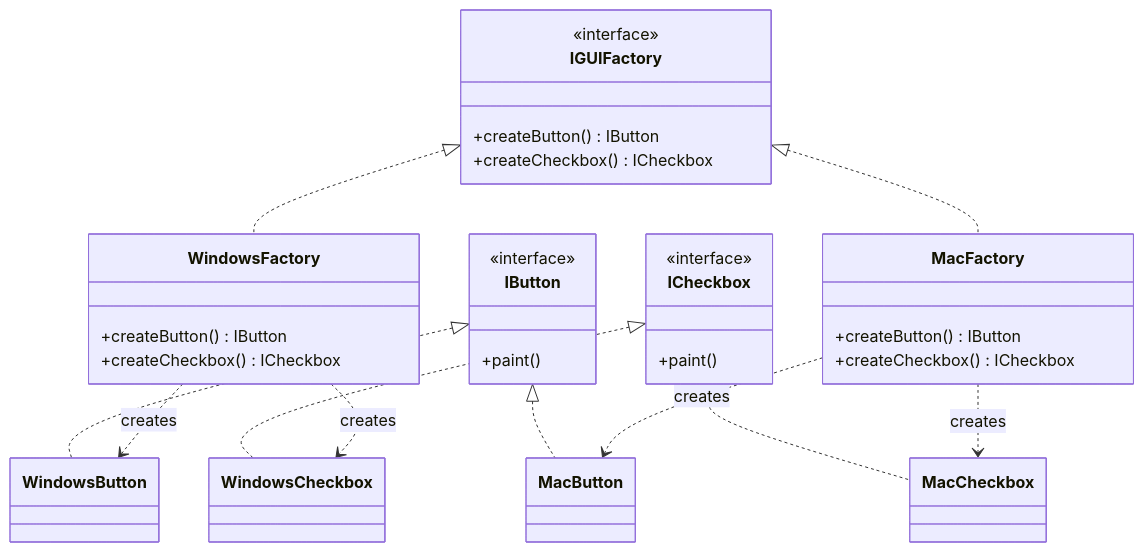
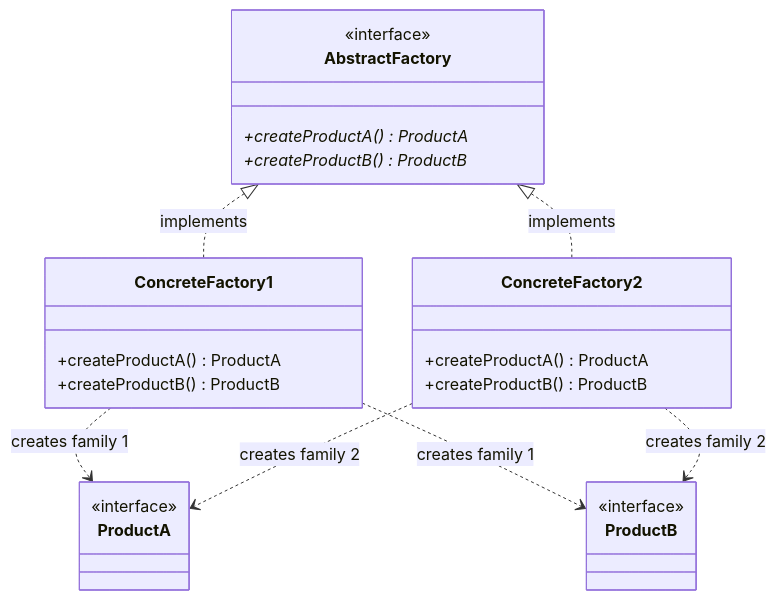
One commit to prasenjeet-0322/engineering-design-vault changed the first of 2 diagrams in lld/01-Creational/03-Abstract Factory Design Pattern/README.md. Above: the diagram before and after it, drawn with Mermaid. The commit also changed other lines of this file and 78 other files, not shown here.

````diff
--- a/lld/01-Creational/03-Abstract Factory Design Pattern/README.md
+++ b/lld/01-Creational/03-Abstract Factory Design Pattern/README.md
@@ -83,39 +26,29 @@
 ```mermaid
 classDiagram
-    class IGUIFactory {
+    class AbstractFactory {
         <<interface>>
-        +createButton() IButton
-        +createCheckbox() ICheckbox
-    }
-    class WindowsFactory {
-        +createButton() IButton
-        +createCheckbox() ICheckbox
-    }
-    class MacFactory {
-        +createButton() IButton
-        +createCheckbox() ICheckbox
+        +createProductA()* ProductA
+        +createProductB()* ProductB
     }
 
-    class IButton {
-        <<interface>>
-        +paint()
-    }
-    class ICheckbox {
-        <<interface>>
-        +paint()
+    class ConcreteFactory1 {
+        +createProductA() ProductA
+        +createProductB() ProductB
     }
 
-    IGUIFactory <|.. WindowsFactory
-    IGUIFactory <|.. MacFactory
-    
-    IButton <|.. WindowsButton
-    IButton <|.. MacButton
-    
-    ICheckbox <|.. WindowsCheckbox
-    ICheckbox <|.. MacCheckbox
+    class ConcreteFactory2 {
+        +createProductA() ProductA
+        +createProductB() ProductB
+    }
 
-    WindowsFactory ..> WindowsButton : creates
-    WindowsFactory ..> WindowsCheckbox : creates
-    MacFactory ..> MacButton : creates
-    MacFactory ..> MacCheckbox : creates
+    class ProductA { <<interface>> }
+    class ProductB { <<interface>> }
+
+    AbstractFactory <|.. ConcreteFactory1 : implements
+    AbstractFactory <|.. ConcreteFactory2 : implements
+
+    ConcreteFactory1 ..> ProductA : creates family 1
+    ConcreteFactory1 ..> ProductB : creates family 1
+    ConcreteFactory2 ..> ProductA : creates family 2
+    ConcreteFactory2 ..> ProductB : creates family 2
 ```
````
